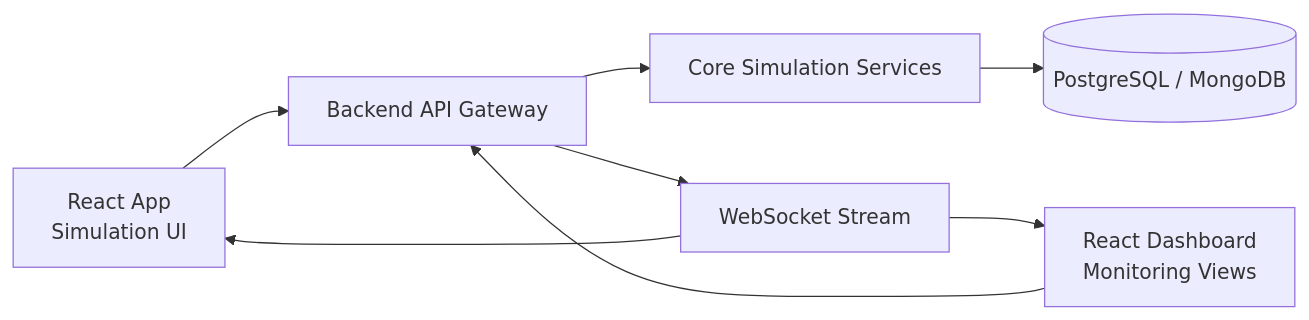
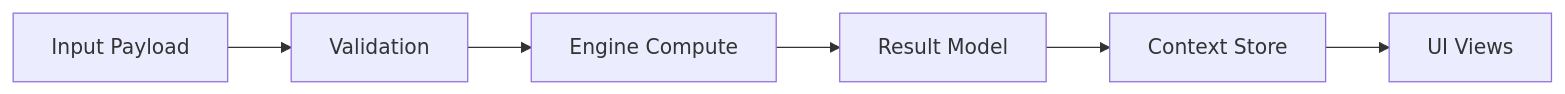
Before and after one commit to ramalokeshreddyp/KernelCanvas: the fifth of 6 diagrams in architecture.md, drawn with Mermaid. The commit also changed other lines of this file and 51 other files, not shown here.

````diff
--- a/architecture.md
+++ b/architecture.md
@@ -248,10 +110,8 @@
 ```mermaid
 flowchart LR
-  UI1[React App\nSimulation UI] --> API[Backend API Gateway]
-  UI2[React Dashboard\nMonitoring Views] --> API
-  API --> CORE[Core Simulation Services]
-  CORE --> DB[(PostgreSQL / MongoDB)]
-  API --> WS[WebSocket Stream]
-  WS --> UI1
-  WS --> UI2
+  P[Input Payload] --> V[Validation]
+  V --> E[Engine Compute]
+  E --> R[Result Model]
+  R --> C[Context Store]
+  C --> U[UI Views]
 ```
````
